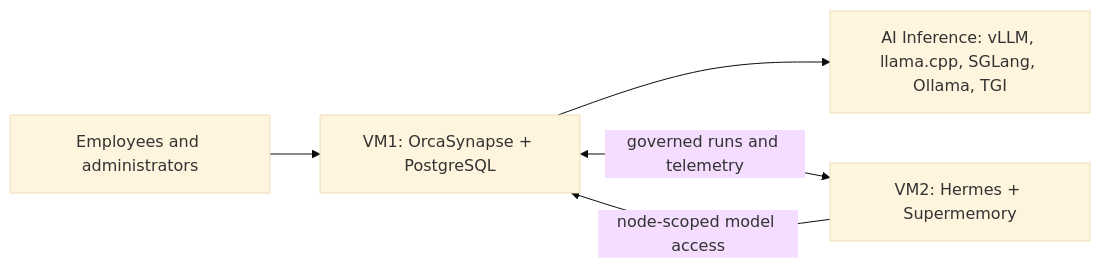
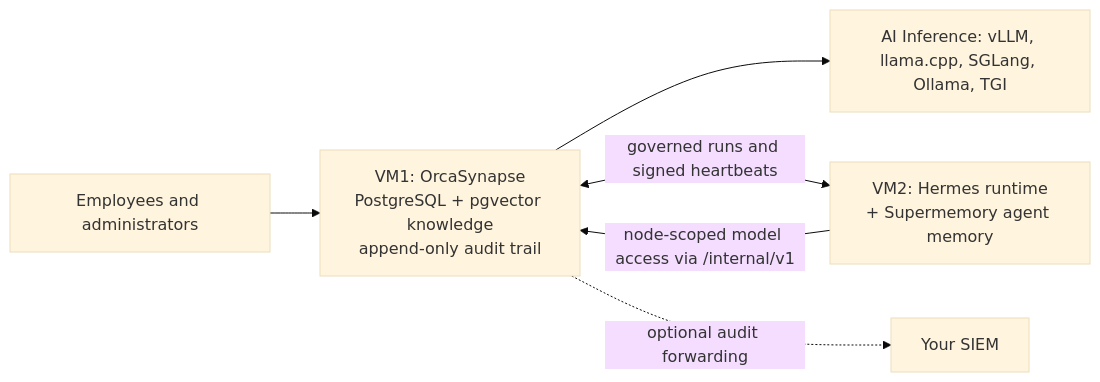
The diagram in README.md (multichainerz/AI), drawn with Mermaid (base theme) before and after one commit. The commit also changed other lines of this file and 37 other files, not shown here.

````diff
--- a/README.md
+++ b/README.md
@@ -51,7 +53,8 @@
 ```mermaid
 flowchart LR
-  PEOPLE["Employees and administrators"] --> ORCA["VM1: OrcaSynapse + PostgreSQL"]
+  PEOPLE["Employees and administrators"] --> ORCA["VM1: OrcaSynapse\nPostgreSQL + pgvector knowledge\nappend-only audit trail"]
   ORCA --> INFERENCE["AI Inference: vLLM, llama.cpp, SGLang, Ollama, TGI"]
-  ORCA <-->|"governed runs and telemetry"| AGENTS["VM2: Hermes + Supermemory"]
-  AGENTS -->|"node-scoped model access"| ORCA
+  ORCA <-->|"governed runs and signed heartbeats"| AGENTS["VM2: Hermes runtime\n+ Supermemory agent memory"]
+  AGENTS -->|"node-scoped model access via /internal/v1"| ORCA
+  ORCA -.->|"optional audit forwarding"| SIEM["Your SIEM"]
 ```
````
